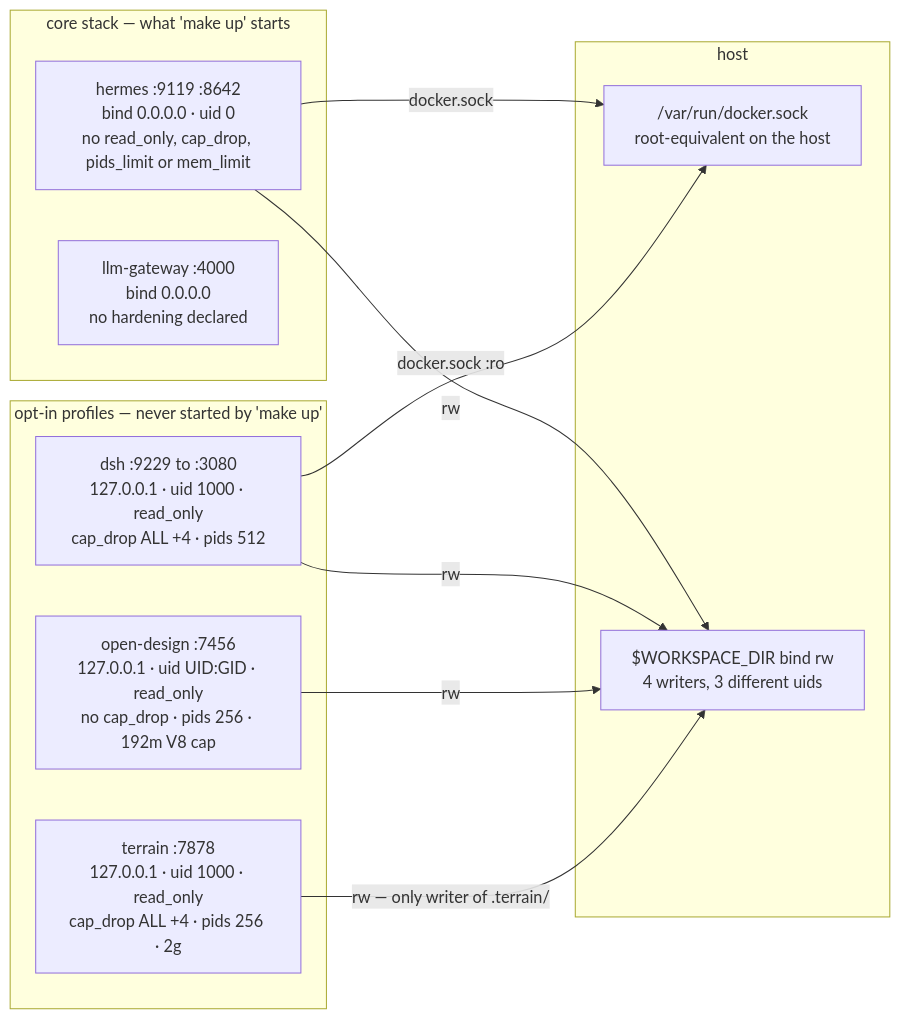
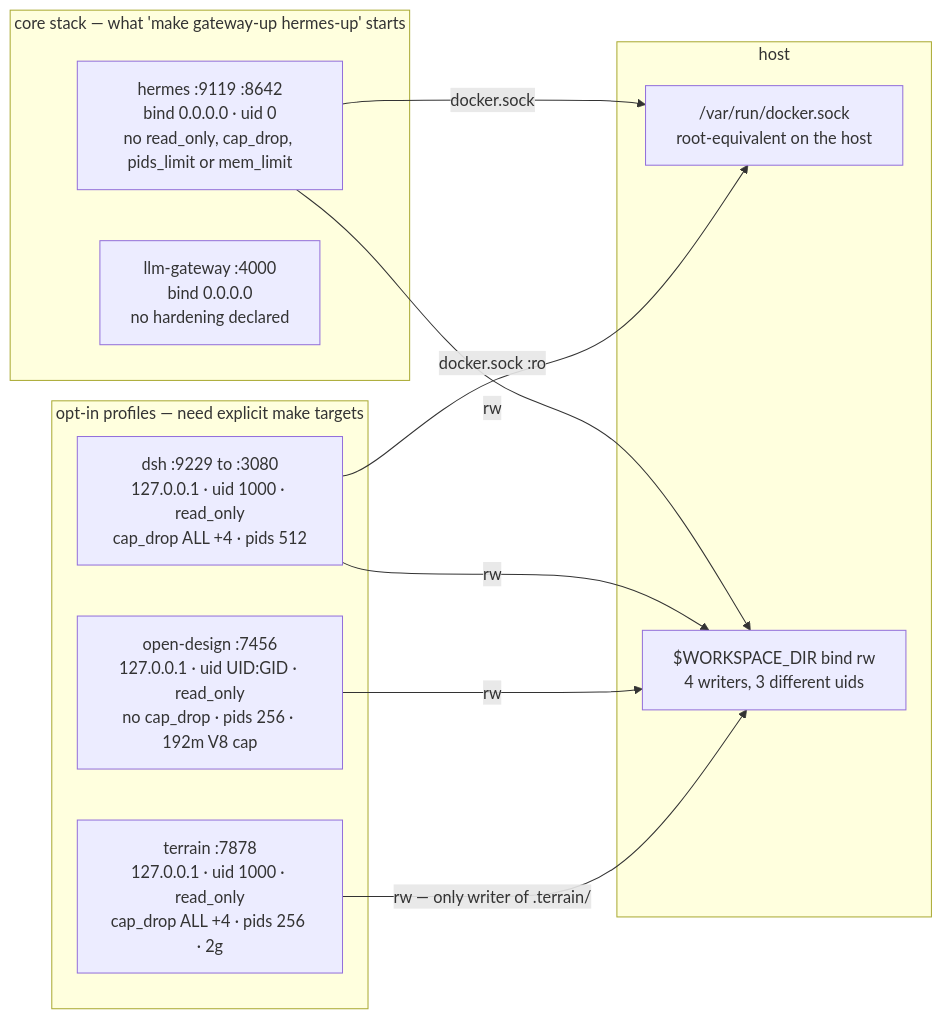
One commit to ayedaemon/pai-stack changed the third of 3 diagrams in docs/architecture.md. Above: the diagram before and after it, drawn with Mermaid. The commit also changed 6 other files, not shown here.

````diff
--- a/docs/architecture.md
+++ b/docs/architecture.md
@@ -162,33 +162,33 @@
 ```mermaid
 flowchart LR
     subgraph HOST["host"]
         SOCK["/var/run/docker.sock<br/>root-equivalent on the host"]
         WS["$WORKSPACE_DIR bind rw<br/>4 writers, 3 different uids"]
     end
 
-    subgraph CORE["core stack &mdash; what 'make up' starts"]
+    subgraph CORE["core stack &mdash; what 'make gateway-up hermes-up' starts"]
         H["hermes :9119 :8642<br/>bind 0.0.0.0 &middot; uid 0<br/>no read_only, cap_drop, pids_limit or mem_limit"]
         G["llm-gateway :4000<br/>bind 0.0.0.0<br/>no hardening declared"]
     end
 
-    subgraph OPT["opt-in profiles &mdash; never started by 'make up'"]
+    subgraph OPT["opt-in profiles &mdash; need explicit make targets"]
         T["terrain :7878<br/>127.0.0.1 &middot; uid 1000 &middot; read_only<br/>cap_drop ALL +4 &middot; pids 256 &middot; 2g"]
         D["dsh :9229 to :3080<br/>127.0.0.1 &middot; uid 1000 &middot; read_only<br/>cap_drop ALL +4 &middot; pids 512"]
         O["open-design :7456<br/>127.0.0.1 &middot; uid UID:GID &middot; read_only<br/>no cap_drop &middot; pids 256 &middot; 192m V8 cap"]
     end
 
     H -->|"docker.sock"| SOCK
     D -->|"docker.sock :ro"| SOCK
     H -->|"rw"| WS
     D -->|"rw"| WS
     O -->|"rw"| WS
     T -->|"rw &mdash; only writer of .terrain/"| WS
 
     click H "hermes.md"
     click G "llm-gateway.md"
     click T "terrain.md"
     click D "dsh.md"
     click O "opendesign.md"
     click SOCK "audit.md"
     click WS "architecture.md"
 ```
````
